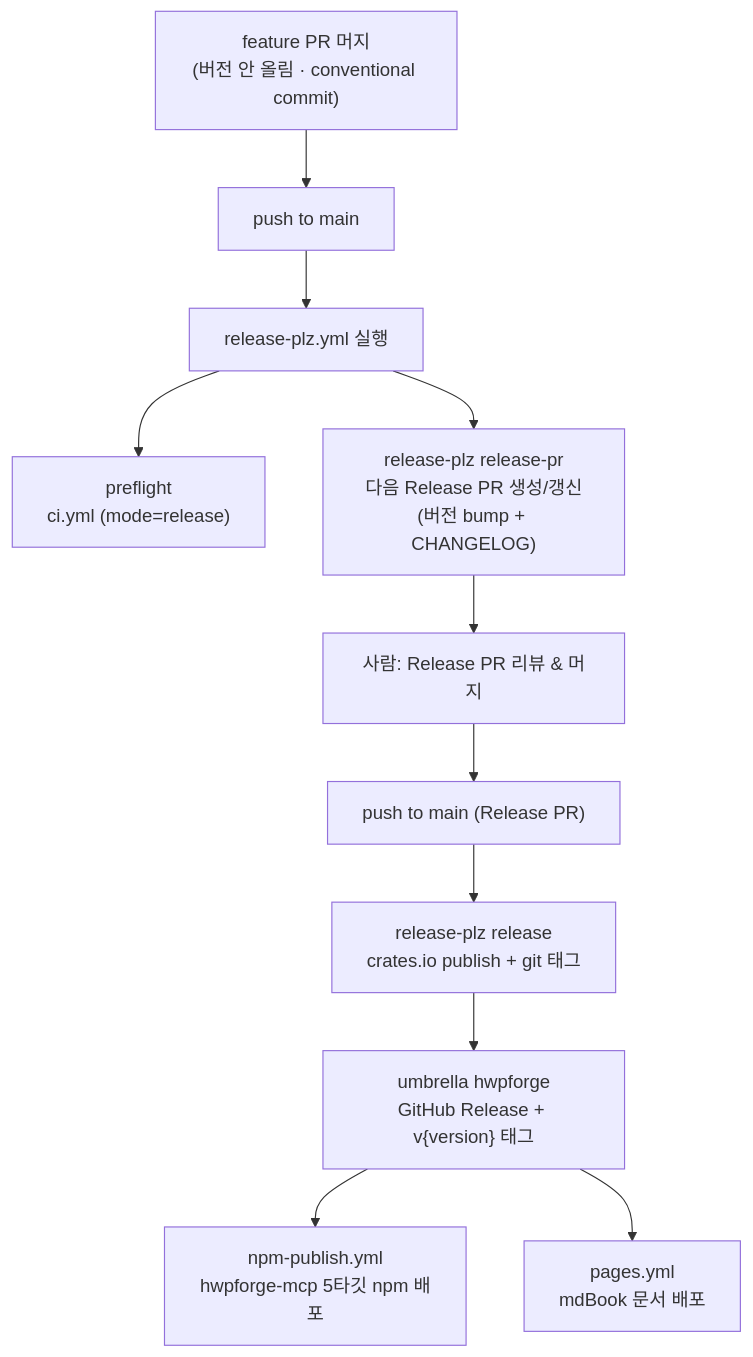
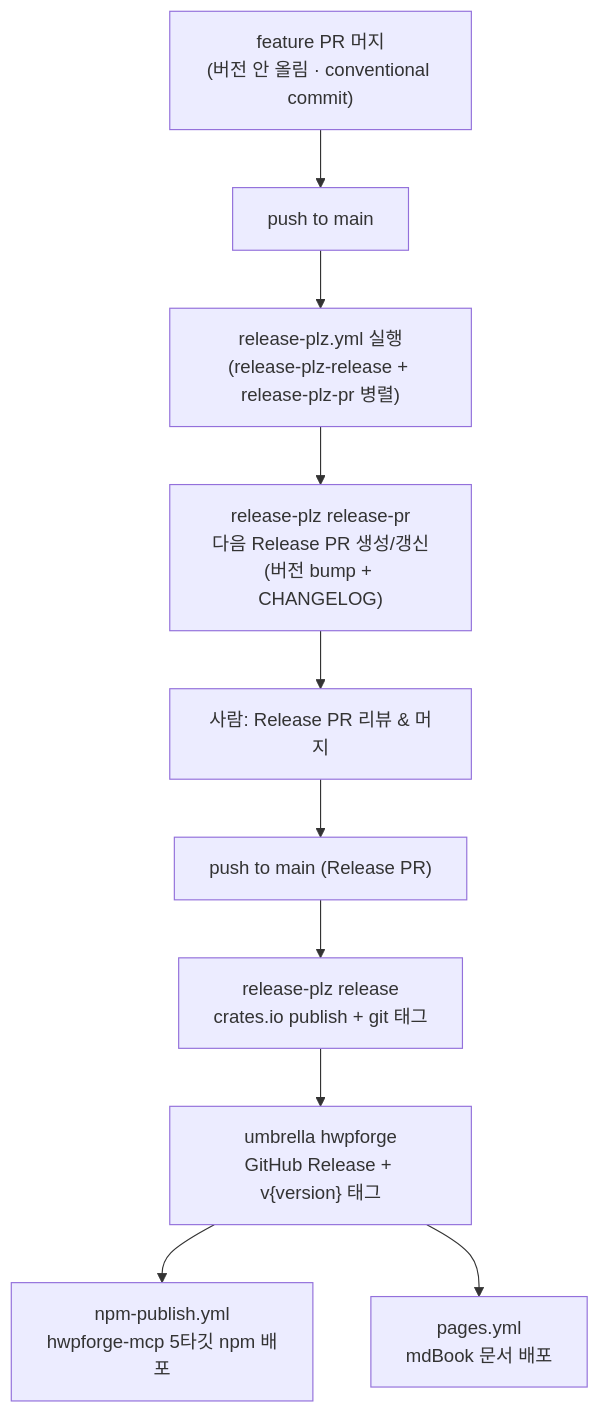
Before and after one commit to ai-screams/HwpForge: the diagram in RELEASING.md, drawn with Mermaid. The commit also changed other lines of this file and 6 other files, not shown here.

````diff
--- a/RELEASING.md
+++ b/RELEASING.md
@@ -14,13 +14,12 @@
 ```mermaid
 flowchart TD
     A["feature PR 머지<br/>(버전 안 올림 · conventional commit)"] --> B["push to main"]
-    B --> C["release-plz.yml 실행"]
-    C --> D["preflight<br/>ci.yml (mode=release)"]
+    B --> C["release-plz.yml 실행<br/>(release-plz-release + release-plz-pr 병렬)"]
     C --> E["release-plz release-pr<br/>다음 Release PR 생성/갱신<br/>(버전 bump + CHANGELOG)"]
     E --> F["사람: Release PR 리뷰 & 머지"]
     F --> G["push to main (Release PR)"]
     G --> H["release-plz release<br/>crates.io publish + git 태그"]
     H --> I["umbrella hwpforge<br/>GitHub Release + v{version} 태그"]
     I --> J["npm-publish.yml<br/>hwpforge-mcp 5타깃 npm 배포"]
     I --> K["pages.yml<br/>mdBook 문서 배포"]
 ```
````
